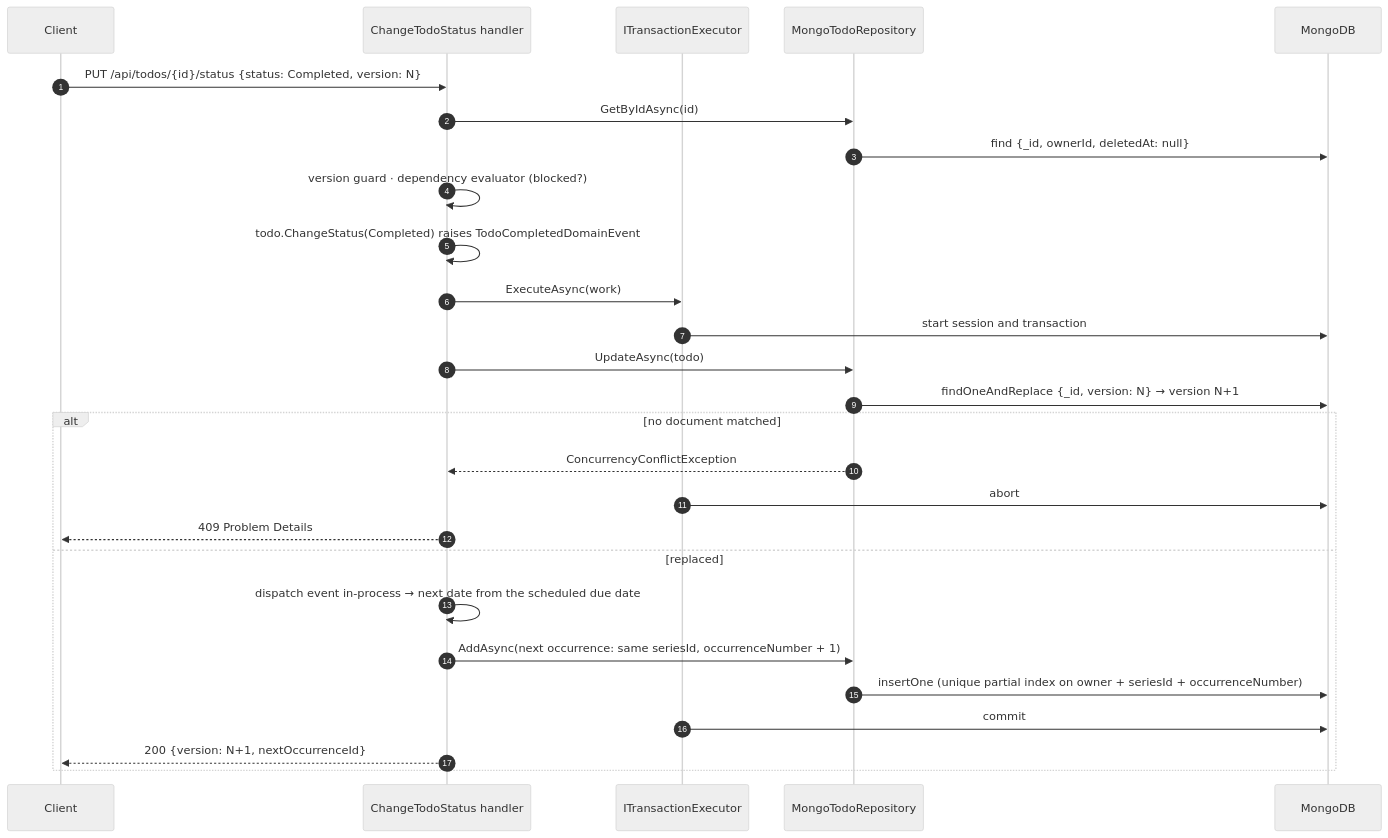
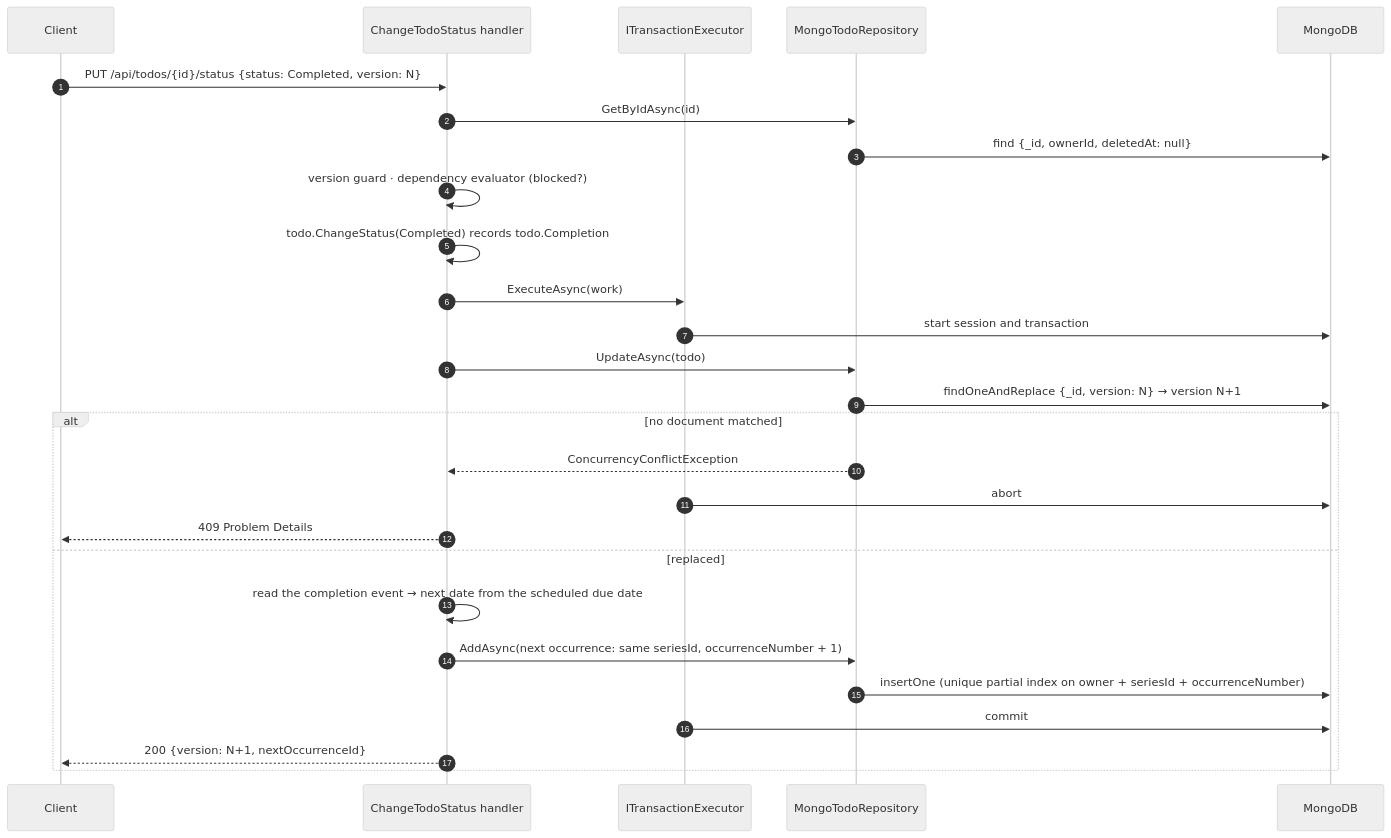
Before and after one commit to Space0Timer/sleeky-todo: the second of 2 diagrams in docs/architecture.md, drawn with Mermaid (neutral theme). The commit also changed other lines of this file and 1 other file, not shown here.

First line of the commit message:
docs: record the completion and record-type decisions

````diff
--- a/docs/architecture.md
+++ b/docs/architecture.md
@@ -447,30 +447,30 @@
 ```mermaid
 sequenceDiagram
     autonumber
     participant C as Client
     participant H as ChangeTodoStatus handler
     participant TX as ITransactionExecutor
     participant R as MongoTodoRepository
     participant M as MongoDB
 
     C->>H: PUT /api/todos/{id}/status {status: Completed, version: N}
     H->>R: GetByIdAsync(id)
     R->>M: find {_id, ownerId, deletedAt: null}
     H->>H: version guard · dependency evaluator (blocked?)
-    H->>H: todo.ChangeStatus(Completed) raises TodoCompletedDomainEvent
+    H->>H: todo.ChangeStatus(Completed) records todo.Completion
     H->>TX: ExecuteAsync(work)
     TX->>M: start session and transaction
     H->>R: UpdateAsync(todo)
     R->>M: findOneAndReplace {_id, version: N} → version N+1
     alt no document matched
         R-->>H: ConcurrencyConflictException
         TX->>M: abort
         H-->>C: 409 Problem Details
     else replaced
-        H->>H: dispatch event in-process → next date from the scheduled due date
+        H->>H: read the completion event → next date from the scheduled due date
         H->>R: AddAsync(next occurrence: same seriesId, occurrenceNumber + 1)
         R->>M: insertOne (unique partial index on owner + seriesId + occurrenceNumber)
         TX->>M: commit
         H-->>C: 200 {version: N+1, nextOccurrenceId}
     end
 ```
````
